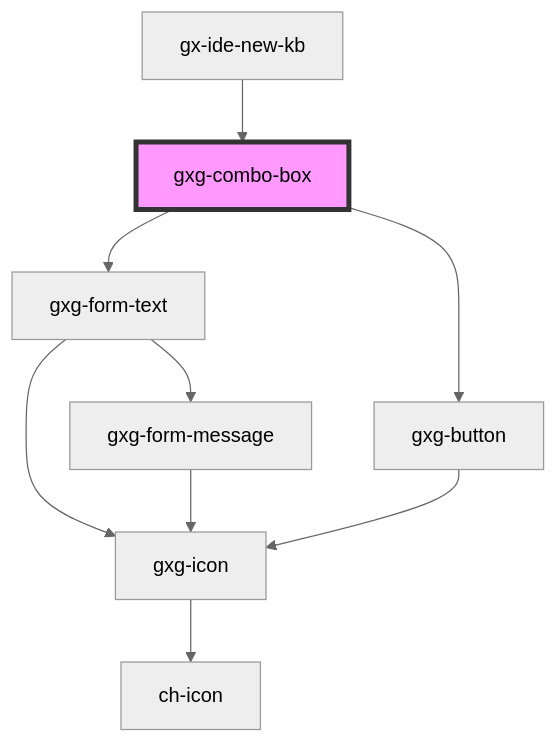
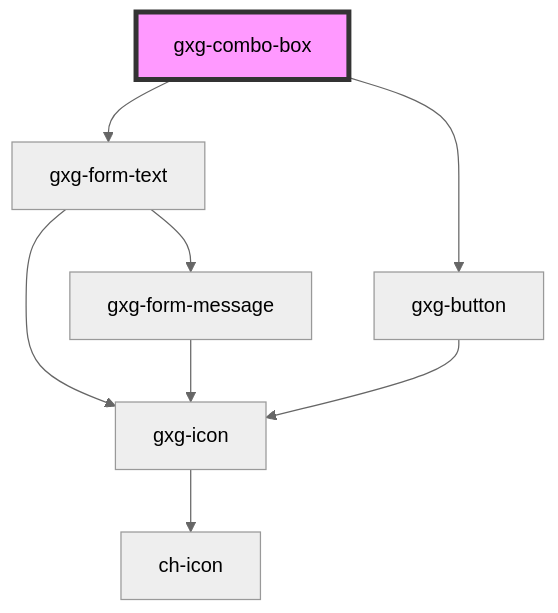
The diagram in src/components/combo-box/readme.md (genexuslabs/gemini), drawn with Mermaid (neutral theme) before and after one commit. The commit also changed other lines of this file and 18 other files, not shown here.

````diff
--- a/src/components/combo-box/readme.md
+++ b/src/components/combo-box/readme.md
@@ -81,12 +77,11 @@
 ```mermaid
 graph TD;
   gxg-combo-box --> gxg-form-text
   gxg-combo-box --> gxg-button
   gxg-form-text --> gxg-icon
   gxg-form-text --> gxg-form-message
   gxg-icon --> ch-icon
   gxg-form-message --> gxg-icon
   gxg-button --> gxg-icon
-  gx-ide-new-kb --> gxg-combo-box
   style gxg-combo-box fill:#f9f,stroke:#333,stroke-width:4px
 ```
````
